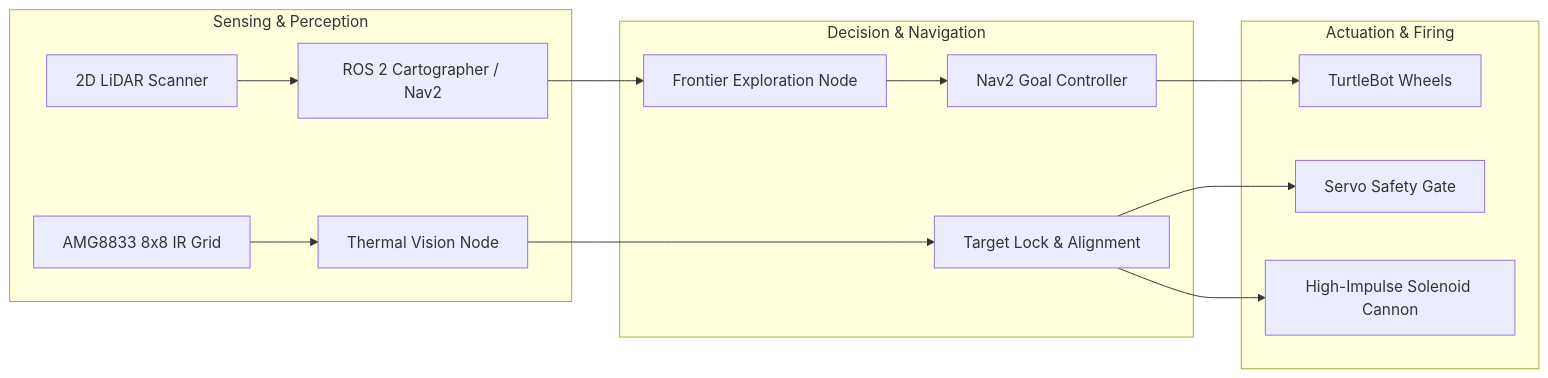
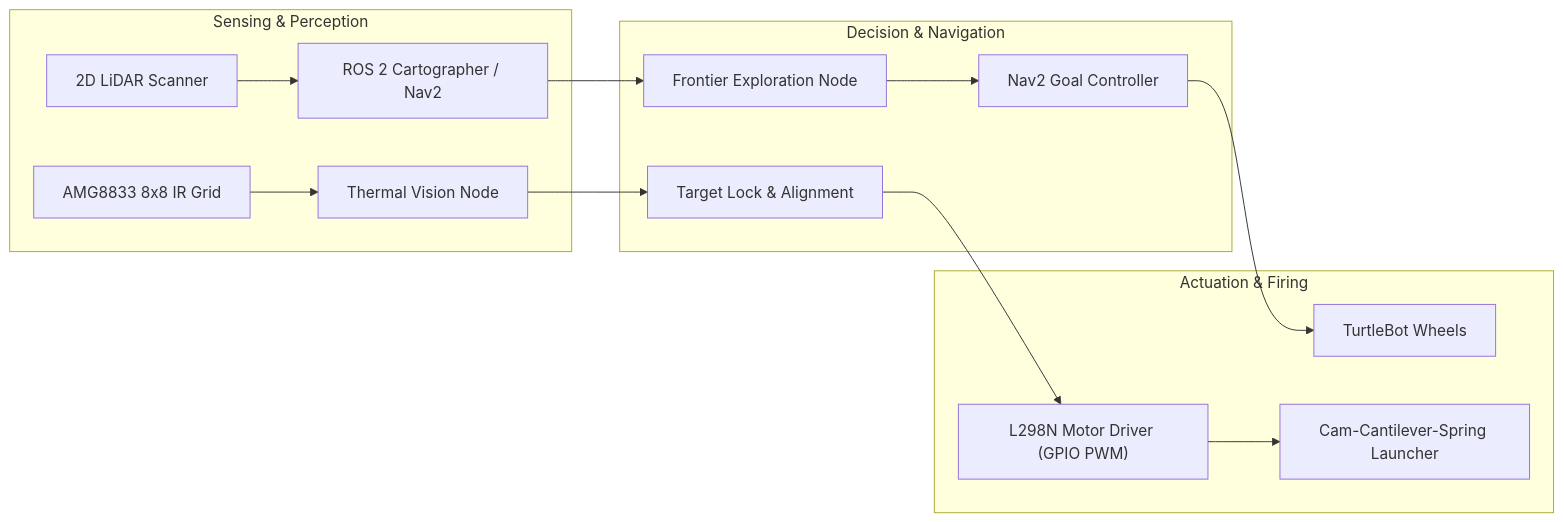
The diagram in README.md (Vspranav23/cde2310-autonomous-turtlebot), drawn with Mermaid before and after one commit. The commit also changed other lines of this file and 8 other files, not shown here.

````diff
--- a/README.md
+++ b/README.md
@@ -14,19 +14,19 @@
 ```mermaid
 graph LR
     subgraph Sensing_and_Perception["Sensing & Perception"]
         LiDAR["2D LiDAR Scanner"] --> SLAM["ROS 2 Cartographer / Nav2"]
         Thermal["AMG8833 8x8 IR Grid"] --> PyThermal["Thermal Vision Node"]
     end
 
     subgraph Decision_Making["Decision & Navigation"]
         SLAM --> Explorer["Frontier Exploration Node"]
         Explorer --> GoalGen["Nav2 Goal Controller"]
         PyThermal --> LockTarget["Target Lock & Alignment"]
     end
 
     subgraph Actuation["Actuation & Firing"]
         GoalGen --> Motors["TurtleBot Wheels"]
-        LockTarget --> Servo["Servo Safety Gate"]
-        LockTarget --> Solenoid["High-Impulse Solenoid Cannon"]
+        LockTarget --> Driver["L298N Motor Driver (GPIO PWM)"]
+        Driver --> Launcher["Cam-Cantilever-Spring Launcher"]
     end
 ```
````
